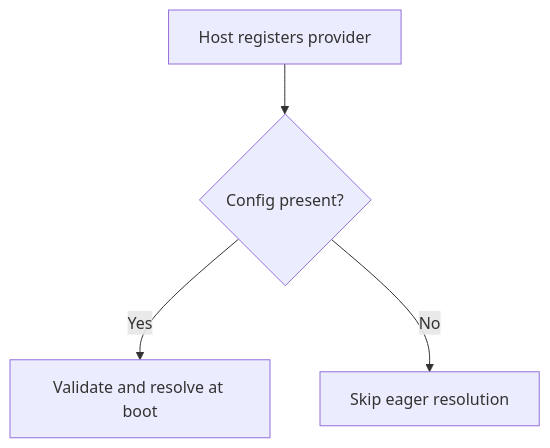
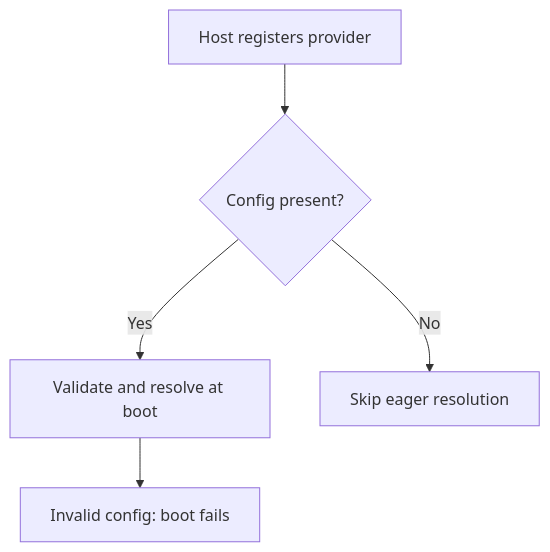
The first of 2 diagrams in user-stories/US-ACCESS-31-resolve-provider-service.md (Kevinjohn/oss-adonisjs-access-control), drawn with Mermaid before and after one commit. The commit also changed other lines of this file and 26 other files, not shown here.

Commit message:
docs: verify user story paths and Mermaid flows against implementation

````diff
--- a/user-stories/US-ACCESS-31-resolve-provider-service.md
+++ b/user-stories/US-ACCESS-31-resolve-provider-service.md
@@ -20,6 +20,7 @@
 ```mermaid
 flowchart TD
     A["Host registers provider"] --> B{"Config present?"}
     B -->|Yes| C["Validate and resolve at boot"]
+    C --> X["Invalid config: boot fails"]
     B -->|No| D["Skip eager resolution"]
 ```
````
